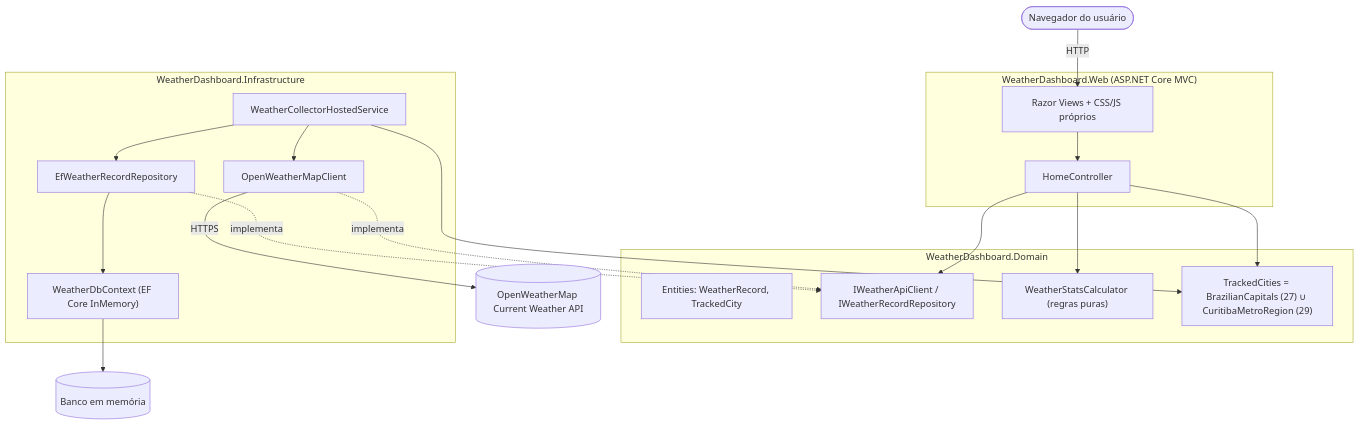
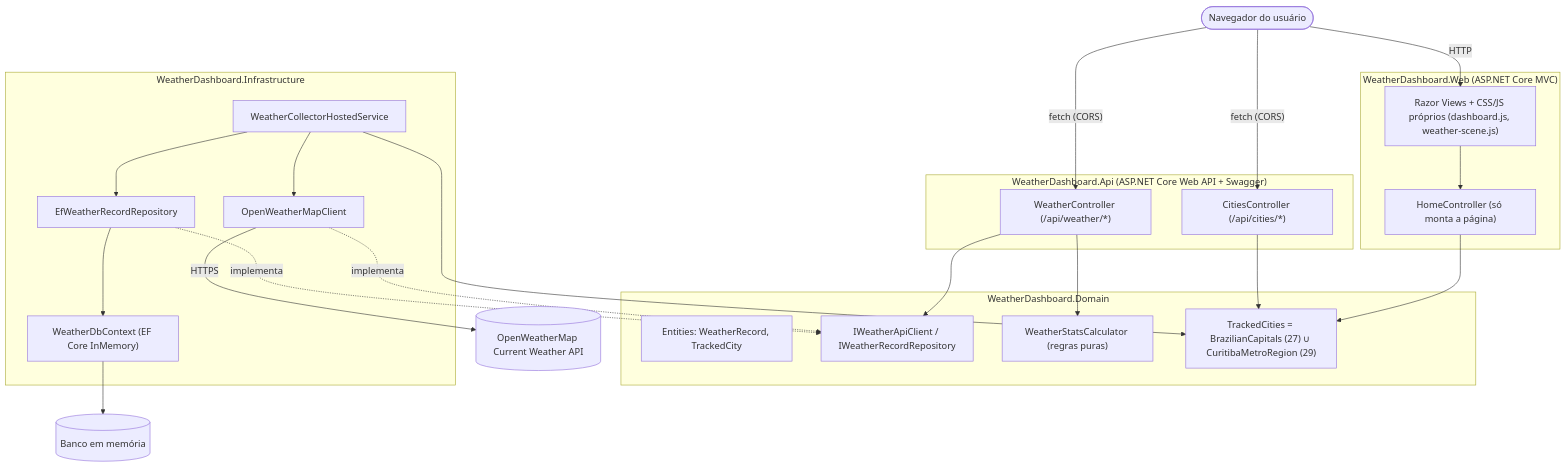
The first of 3 diagrams in docs/architecture.md (melmyuka1/clima-brasil), drawn with Mermaid before and after one commit. The commit also changed other lines of this file and 30 other files, not shown here.

````diff
--- a/docs/architecture.md
+++ b/docs/architecture.md
@@ -24,38 +31,47 @@
 ```mermaid
 graph TD
-    subgraph Web["WeatherDashboard.Web (ASP.NET Core MVC)"]
-        Views["Razor Views + CSS/JS próprios"]
-        Controllers["HomeController"]
+    subgraph WebApp["WeatherDashboard.Web (ASP.NET Core MVC)"]
+        Views["Razor Views + CSS/JS próprios (dashboard.js, weather-scene.js)"]
+        HomeCtrl["HomeController (só monta a página)"]
     end
 
     subgraph Domain["WeatherDashboard.Domain"]
         Entities["Entities: WeatherRecord, TrackedCity"]
         Interfaces["IWeatherApiClient / IWeatherRecordRepository"]
         Services["WeatherStatsCalculator (regras puras)"]
         Catalog["TrackedCities = BrazilianCapitals (27) ∪ CuritibaMetroRegion (29)"]
+    end
+
+    subgraph ApiApp["WeatherDashboard.Api (ASP.NET Core Web API + Swagger)"]
+        WeatherCtrl["WeatherController (/api/weather/*)"]
+        CitiesCtrl["CitiesController (/api/cities/*)"]
     end
 
     subgraph Infra["WeatherDashboard.Infrastructure"]
         Collector["WeatherCollectorHostedService"]
         ApiClient["OpenWeatherMapClient"]
         Repo["EfWeatherRecordRepository"]
         DbContext["WeatherDbContext (EF Core InMemory)"]
     end
 
     Browser(["Navegador do usuário"]) -- HTTP --> Views
-    Views --> Controllers
-    Controllers --> Interfaces
-    Controllers --> Services
-    Controllers --> Catalog
+    Views --> HomeCtrl
+    HomeCtrl --> Catalog
+    Browser -- "fetch (CORS)" --> WeatherCtrl
+    Browser -- "fetch (CORS)" --> CitiesCtrl
+
+    WeatherCtrl --> Interfaces
+    WeatherCtrl --> Services
+    CitiesCtrl --> Catalog
 
     ApiClient -. implementa .-> Interfaces
     Repo -. implementa .-> Interfaces
     Repo --> DbContext
 
     Collector --> ApiClient
     Collector --> Repo
     Collector --> Catalog
 
     ApiClient -- HTTPS --> OWM[("OpenWeatherMap Current Weather API")]
     DbContext --> DB[("Banco em memória")]
 ```
````
